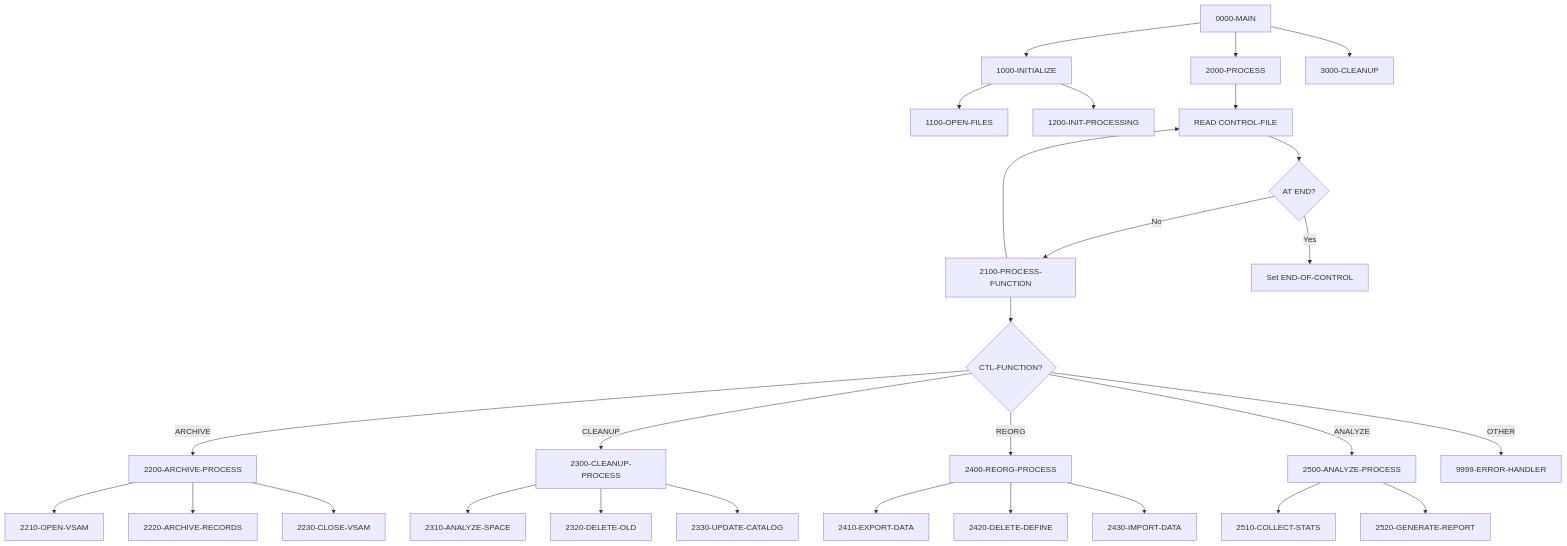
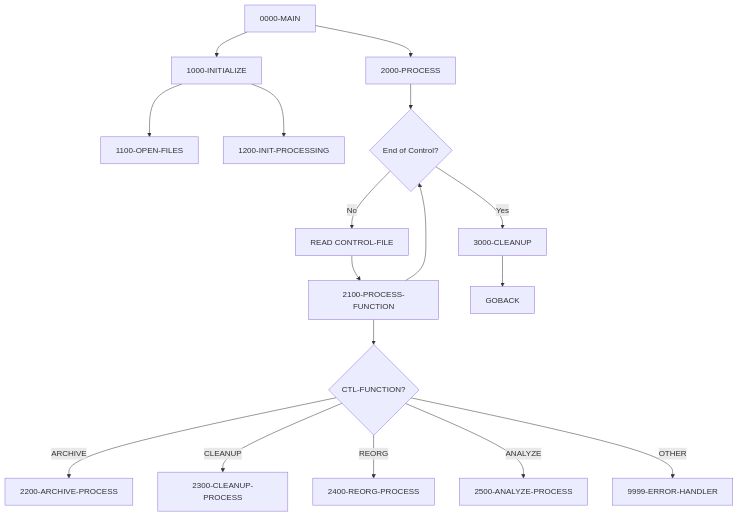
The first of 5 diagrams in docs/programs/UTLMNT00.mdx (haladir-com/legacy-benchmark-docs-vb70e1), drawn with Mermaid before and after one commit. The commit also changed other lines of this file and 63 other files, not shown here.

````diff
--- a/docs/programs/UTLMNT00.mdx
+++ b/docs/programs/UTLMNT00.mdx
@@ -16,36 +16,20 @@
 ```mermaid
 graph TD
     A[0000-MAIN] --> B[1000-INITIALIZE]
     B --> C[1100-OPEN-FILES]
     B --> D[1200-INIT-PROCESSING]
     A --> E[2000-PROCESS]
-    A --> F[3000-CLEANUP]
+    E --> F{End of Control?}
+    F -->|No| G[READ CONTROL-FILE]
+    G --> H[2100-PROCESS-FUNCTION]
+    H --> F
+    F -->|Yes| I[3000-CLEANUP]
+    I --> J[GOBACK]
     
-    E --> E1[READ CONTROL-FILE]
-    E1 --> E2{AT END?}
-    E2 -->|No| E3[2100-PROCESS-FUNCTION]
-    E2 -->|Yes| E4[Set END-OF-CONTROL]
-    E3 --> E1
-    
-    E3 --> F1{CTL-FUNCTION?}
-    F1 -->|ARCHIVE| G[2200-ARCHIVE-PROCESS]
-    F1 -->|CLEANUP| H[2300-CLEANUP-PROCESS]
-    F1 -->|REORG| I[2400-REORG-PROCESS]
-    F1 -->|ANALYZE| J[2500-ANALYZE-PROCESS]
-    F1 -->|OTHER| K[9999-ERROR-HANDLER]
-    
-    G --> G1[2210-OPEN-VSAM]
-    G --> G2[2220-ARCHIVE-RECORDS]
-    G --> G3[2230-CLOSE-VSAM]
-    
-    H --> H1[2310-ANALYZE-SPACE]
-    H --> H2[2320-DELETE-OLD]
-    H --> H3[2330-UPDATE-CATALOG]
-    
-    I --> I1[2410-EXPORT-DATA]
-    I --> I2[2420-DELETE-DEFINE]
-    I --> I3[2430-IMPORT-DATA]
-    
-    J --> J1[2510-COLLECT-STATS]
-    J --> J2[2520-GENERATE-REPORT]
+    H --> K{CTL-FUNCTION?}
+    K -->|ARCHIVE| L[2200-ARCHIVE-PROCESS]
+    K -->|CLEANUP| M[2300-CLEANUP-PROCESS]
+    K -->|REORG| N[2400-REORG-PROCESS]
+    K -->|ANALYZE| O[2500-ANALYZE-PROCESS]
+    K -->|OTHER| P[9999-ERROR-HANDLER]
 ```
````
